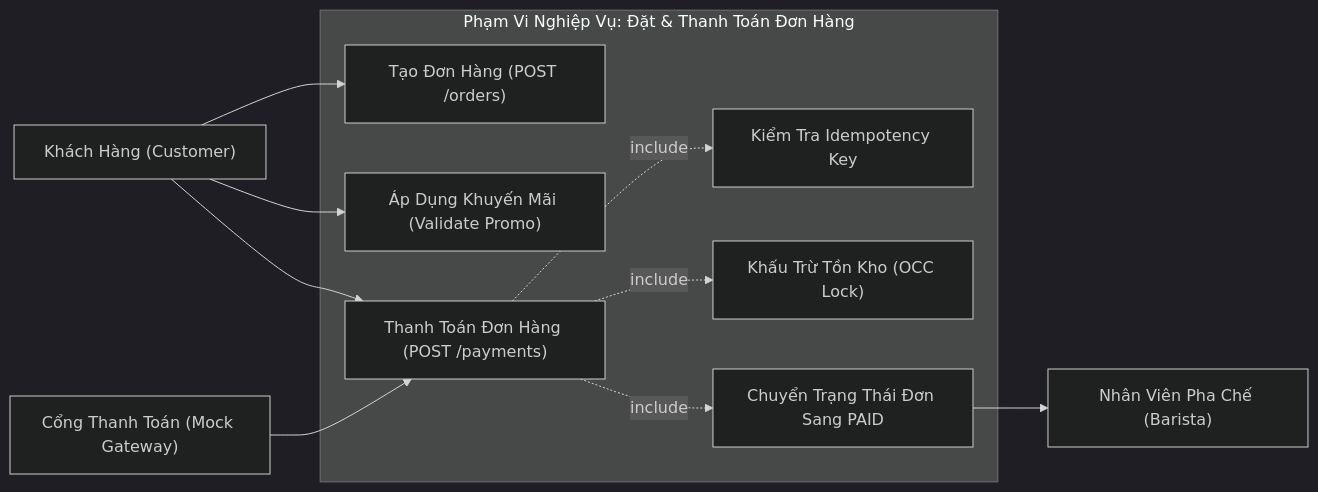
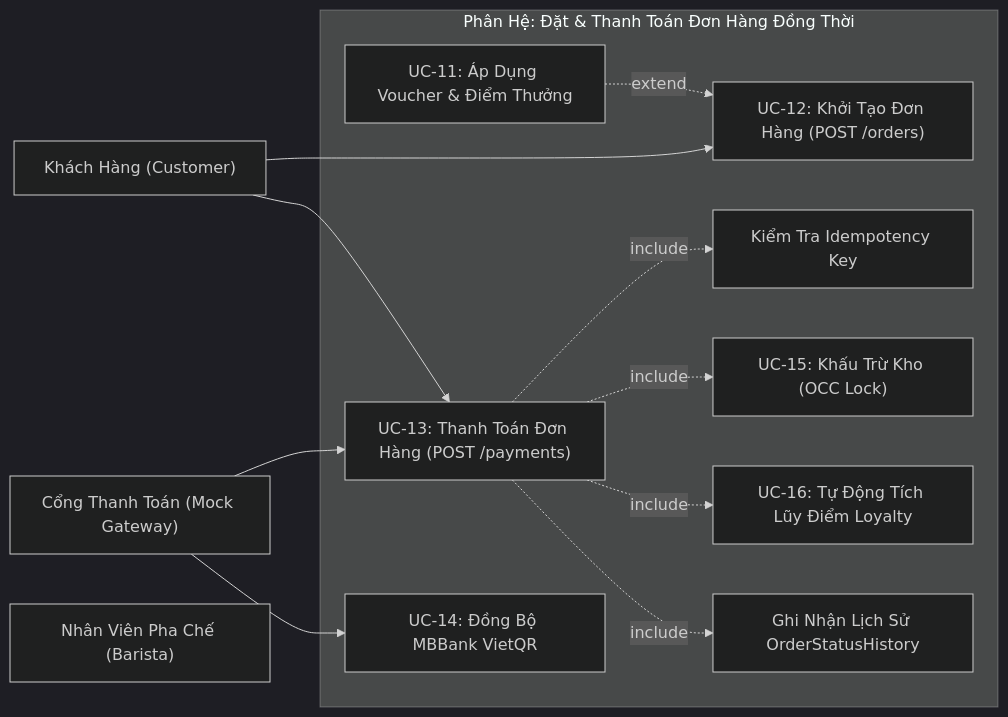
One commit to hanhdevsgu/BrewLite-Assignment2 changed the diagram in docs/requirements/use-case-checkout.md. Above: the diagram before and after it, drawn with Mermaid (dark theme). The commit also changed other lines of this file and 49 other files, not shown here.

First line of the commit message:
feat(voucher-orders): remove freeship, enforce multi-voucher stacking rules, aggregate multi-item orders and sync report v16

````diff
--- a/docs/requirements/use-case-checkout.md
+++ b/docs/requirements/use-case-checkout.md
@@ -11,26 +11,29 @@
 ```mermaid
 graph LR
     Customer["Khách Hàng (Customer)"]
     PaymentGW["Cổng Thanh Toán (Mock Gateway)"]
     Barista["Nhân Viên Pha Chế (Barista)"]
 
-    subgraph Scope["Phạm Vi Nghiệp Vụ: Đặt & Thanh Toán Đơn Hàng"]
-        UC_CreateOrder["Tạo Đơn Hàng (POST /orders)"]
-        UC_ApplyVoucher["Áp Dụng Khuyến Mãi (Validate Promo)"]
-        UC_PayOrder["Thanh Toán Đơn Hàng (POST /payments)"]
+    subgraph Scope["Phân Hệ: Đặt & Thanh Toán Đơn Hàng Đồng Thời"]
+        UC_CreateOrder["UC-12: Khởi Tạo Đơn Hàng (POST /orders)"]
+        UC_ApplyVoucher["UC-11: Áp Dụng Voucher & Điểm Thưởng"]
+        UC_PayOrder["UC-13: Thanh Toán Đơn Hàng (POST /payments)"]
+        UC_SyncQR["UC-14: Đồng Bộ MBBank VietQR"]
         UC_CheckIdemp["Kiểm Tra Idempotency Key"]
-        UC_DeductStock["Khấu Trừ Tồn Kho (OCC Lock)"]
-        UC_NotifyStaff["Chuyển Trạng Thái Đơn Sang PAID"]
+        UC_DeductStock["UC-15: Khấu Trừ Kho (OCC Lock)"]
+        UC_Loyalty["UC-16: Tự Động Tích Lũy Điểm Loyalty"]
+        UC_History["Ghi Nhận Lịch Sử OrderStatusHistory"]
     end
 
     Customer --> UC_CreateOrder
-    Customer --> UC_ApplyVoucher
     Customer --> UC_PayOrder
+    UC_ApplyVoucher -.->|extend| UC_CreateOrder
 
     UC_PayOrder -.->|include| UC_CheckIdemp
     UC_PayOrder -.->|include| UC_DeductStock
-    UC_PayOrder -.->|include| UC_NotifyStaff
+    UC_PayOrder -.->|include| UC_Loyalty
+    UC_PayOrder -.->|include| UC_History
 
     PaymentGW --> UC_PayOrder
-    UC_NotifyStaff --> Barista
+    PaymentGW --> UC_SyncQR
 ```
````
